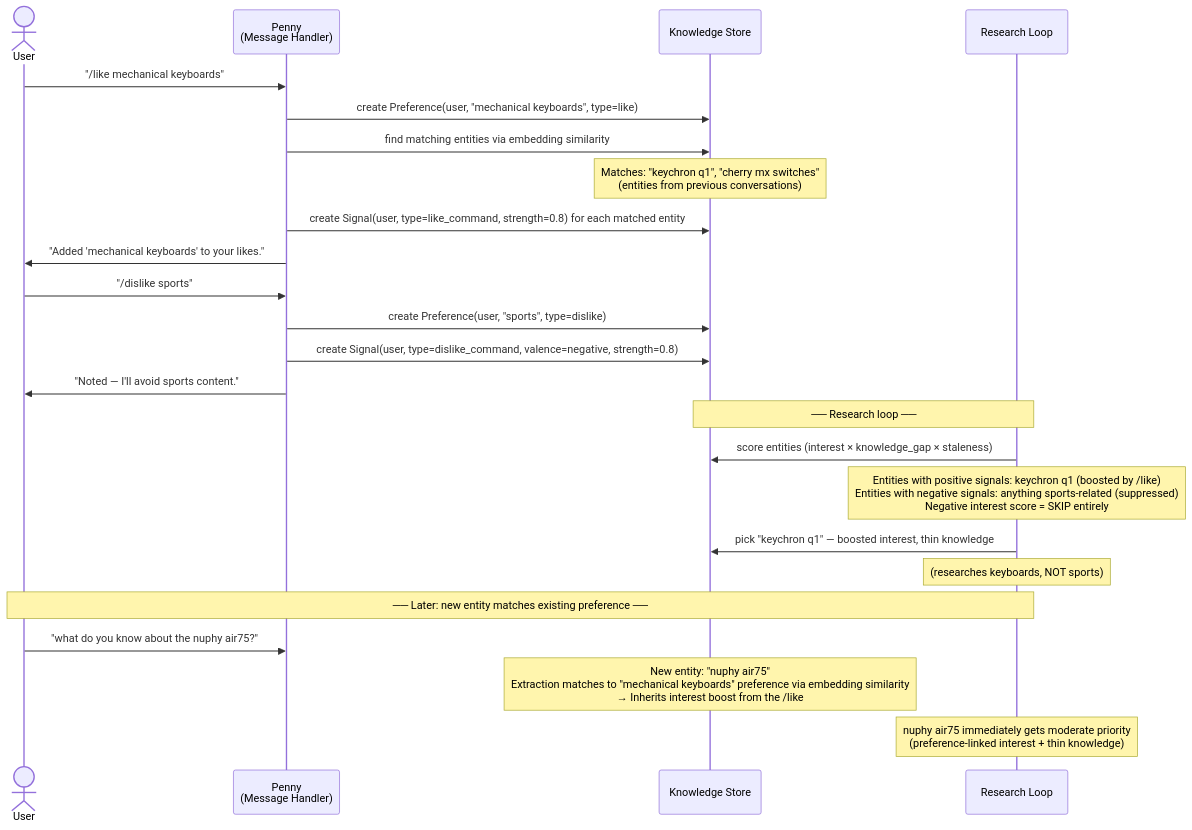
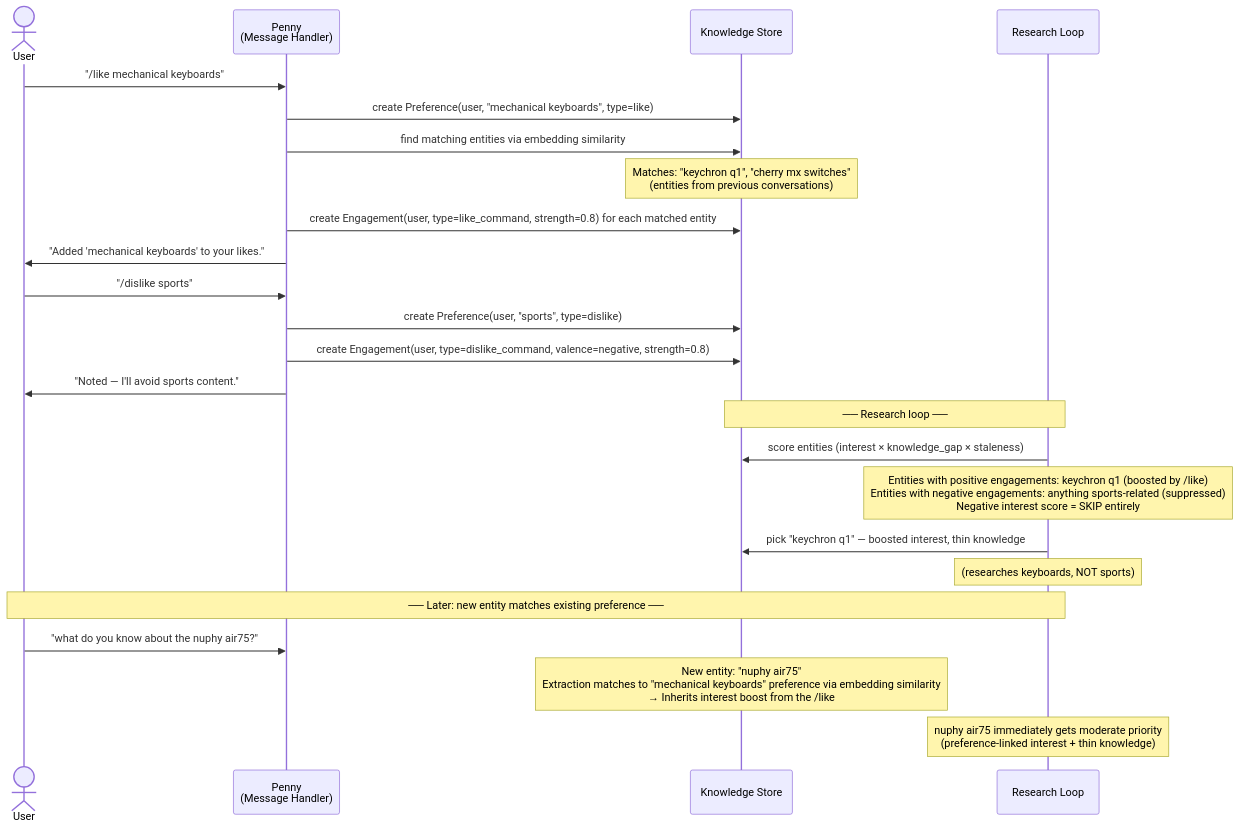
One commit to jaredlockhart/penny changed the fifth of 6 diagrams in docs/knowledge-system-flows.md. Above: the diagram before and after it, drawn with Mermaid. The commit also changed other lines of this file and 32 other files, not shown here.

````diff
--- a/docs/knowledge-system-flows.md
+++ b/docs/knowledge-system-flows.md
@@ -280,32 +280,32 @@
 ```mermaid
 sequenceDiagram
     actor User
     participant Penny as Penny<br/>(Message Handler)
     participant DB as Knowledge Store
     participant Research as Research Loop
 
     User->>Penny: "/like mechanical keyboards"
     Penny->>DB: create Preference(user, "mechanical keyboards", type=like)
     Penny->>DB: find matching entities via embedding similarity
     Note over DB: Matches: "keychron q1", "cherry mx switches"<br/>(entities from previous conversations)
-    Penny->>DB: create Signal(user, type=like_command, strength=0.8) for each matched entity
+    Penny->>DB: create Engagement(user, type=like_command, strength=0.8) for each matched entity
     Penny->>User: "Added 'mechanical keyboards' to your likes."
 
     User->>Penny: "/dislike sports"
     Penny->>DB: create Preference(user, "sports", type=dislike)
-    Penny->>DB: create Signal(user, type=dislike_command, valence=negative, strength=0.8)
+    Penny->>DB: create Engagement(user, type=dislike_command, valence=negative, strength=0.8)
     Penny->>User: "Noted — I'll avoid sports content."
 
     Note over Research,DB: ── Research loop ──
 
     Research->>DB: score entities (interest × knowledge_gap × staleness)
-    Note over Research: Entities with positive signals: keychron q1 (boosted by /like)<br/>Entities with negative signals: anything sports-related (suppressed)<br/>Negative interest score = SKIP entirely
+    Note over Research: Entities with positive engagements: keychron q1 (boosted by /like)<br/>Entities with negative engagements: anything sports-related (suppressed)<br/>Negative interest score = SKIP entirely
     Research->>DB: pick "keychron q1" — boosted interest, thin knowledge
     Note over Research: (researches keyboards, NOT sports)
 
     Note over User,Research: ── Later: new entity matches existing preference ──
 
     User->>Penny: "what do you know about the nuphy air75?"
     Note over DB: New entity: "nuphy air75"<br/>Extraction matches to "mechanical keyboards" preference via embedding similarity<br/>→ Inherits interest boost from the /like
     Note over Research: nuphy air75 immediately gets moderate priority<br/>(preference-linked interest + thin knowledge)
 ```
````
